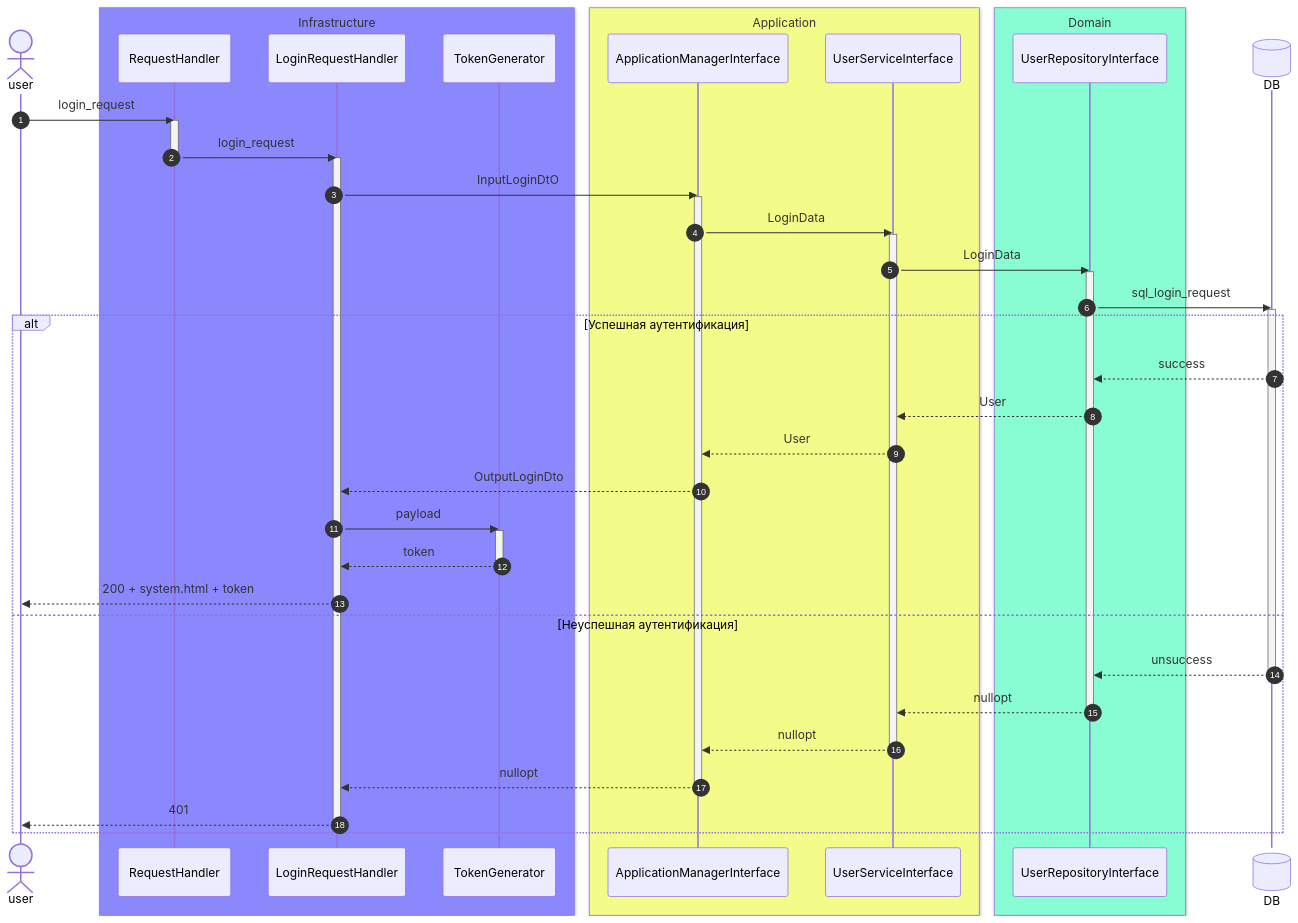
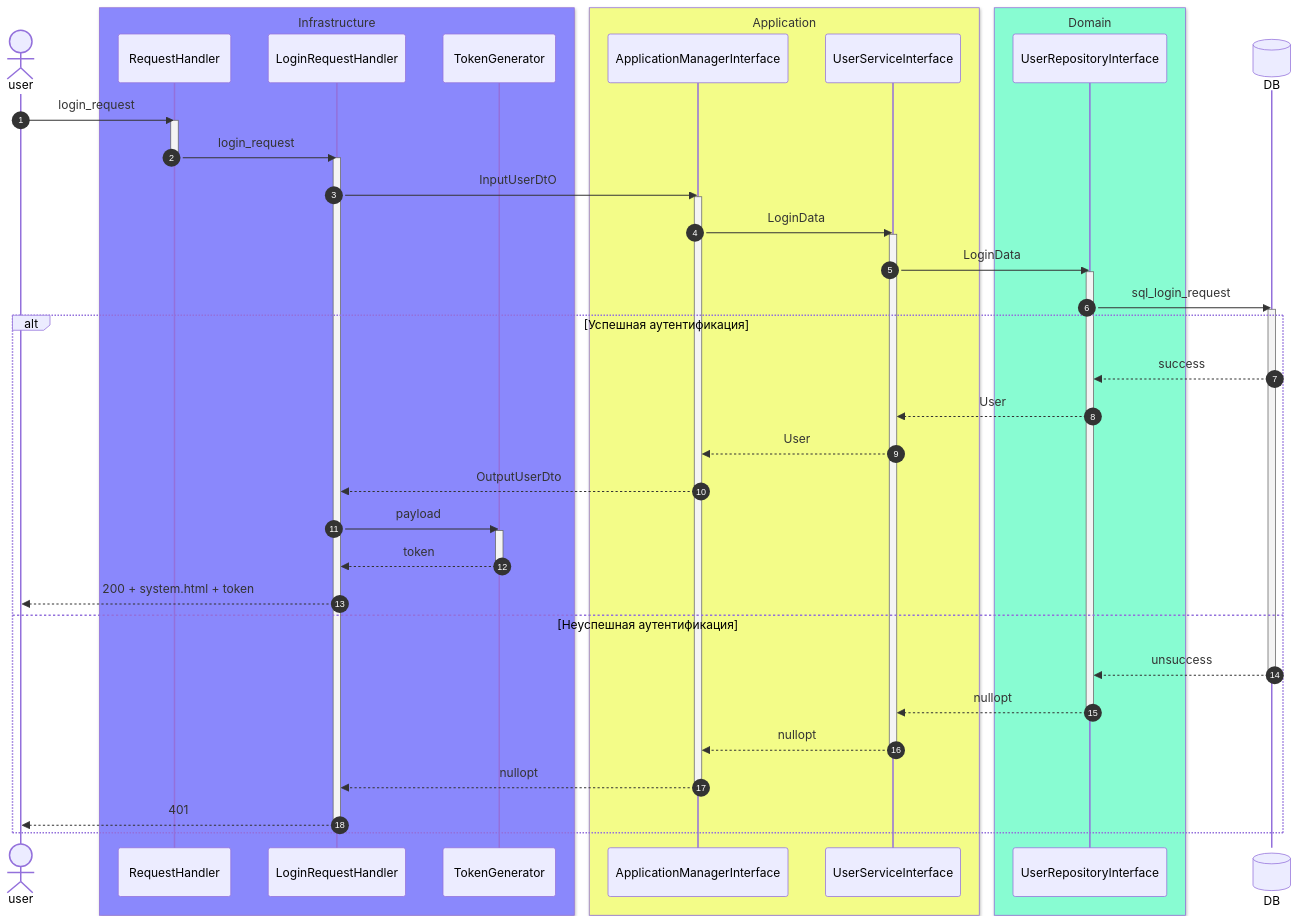
Before and after one commit to DRUsmanov/the_system_project: diagram 12 of 13 in README.md, drawn with Mermaid.

````diff
--- a/README.md
+++ b/README.md
@@ -412,64 +412,64 @@
 ```mermaid
 sequenceDiagram
 
 actor user
 
 box rgb(138, 136, 252) Infrastructure
 participant RequestHandler
 participant LoginRequestHandler
 participant TokenGenerator
 end
 
 box rgb(243, 252, 136) Application
 participant ApplicationManagerInterface
 participant UserServiceInterface
 end
 
 box rgb(136, 252, 210) Domain
 participant UserRepositoryInterface
 end
 
 actor DB@{"type" : "database"}
 
 autonumber
 
 user ->> RequestHandler: login_request
 activate RequestHandler
 RequestHandler ->> LoginRequestHandler: login_request
 deactivate RequestHandler
 activate LoginRequestHandler
-LoginRequestHandler ->> ApplicationManagerInterface: InputLoginDtO
+LoginRequestHandler ->> ApplicationManagerInterface: InputUserDtO
 activate ApplicationManagerInterface
 ApplicationManagerInterface ->> UserServiceInterface: LoginData
 activate UserServiceInterface
 UserServiceInterface ->> UserRepositoryInterface: LoginData
 activate UserRepositoryInterface
 UserRepositoryInterface ->> DB: sql_login_request
 
 activate DB
 
 alt Успешная аутентификация
 DB -->> UserRepositoryInterface: success
 UserRepositoryInterface -->> UserServiceInterface: User
 UserServiceInterface -->> ApplicationManagerInterface: User
-ApplicationManagerInterface -->> LoginRequestHandler: OutputLoginDto
+ApplicationManagerInterface -->> LoginRequestHandler: OutputUserDto
 LoginRequestHandler ->> TokenGenerator: payload
 activate TokenGenerator
 TokenGenerator -->> LoginRequestHandler: token
 deactivate TokenGenerator
 LoginRequestHandler -->> user: 200 + system.html + token
 
 else Неуспешная аутентификация
 
 DB -->> UserRepositoryInterface: unsuccess
 deactivate DB
 UserRepositoryInterface -->> UserServiceInterface: nullopt
 deactivate UserRepositoryInterface
 UserServiceInterface -->> ApplicationManagerInterface: nullopt
 deactivate UserServiceInterface
 ApplicationManagerInterface -->> LoginRequestHandler: nullopt
 deactivate ApplicationManagerInterface
 LoginRequestHandler -->> user: 401
 deactivate LoginRequestHandler
 end
 ```
````
